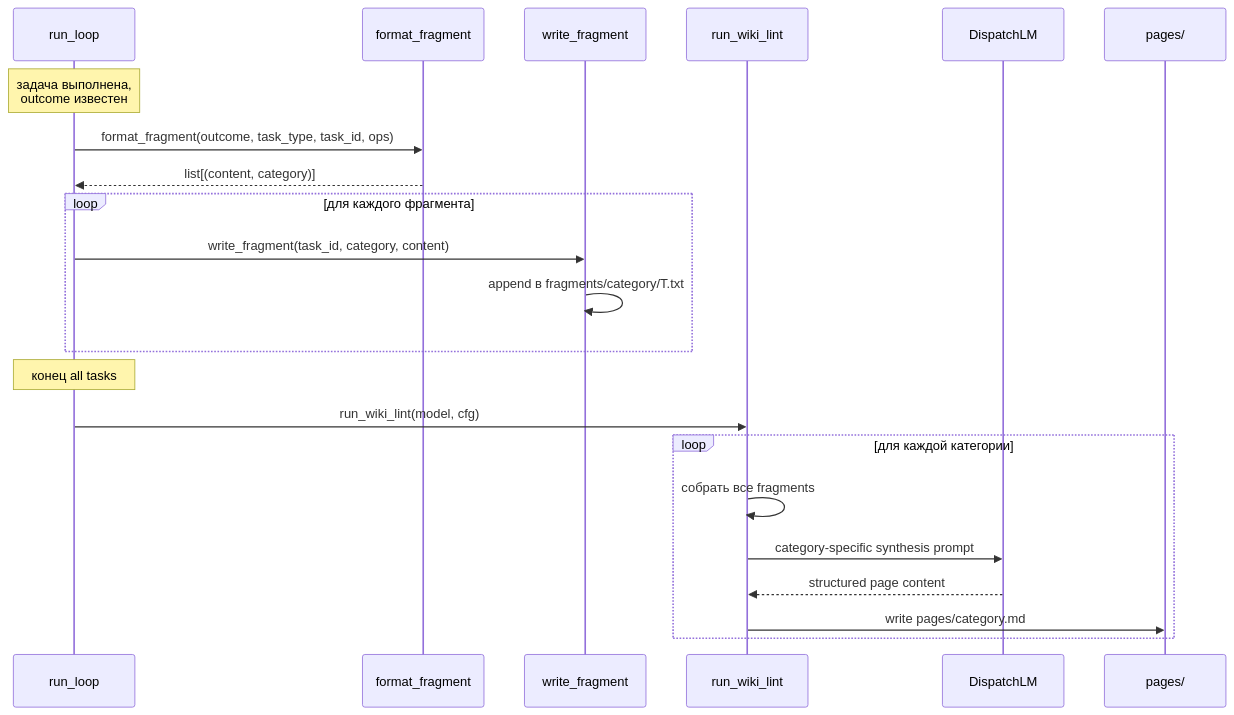
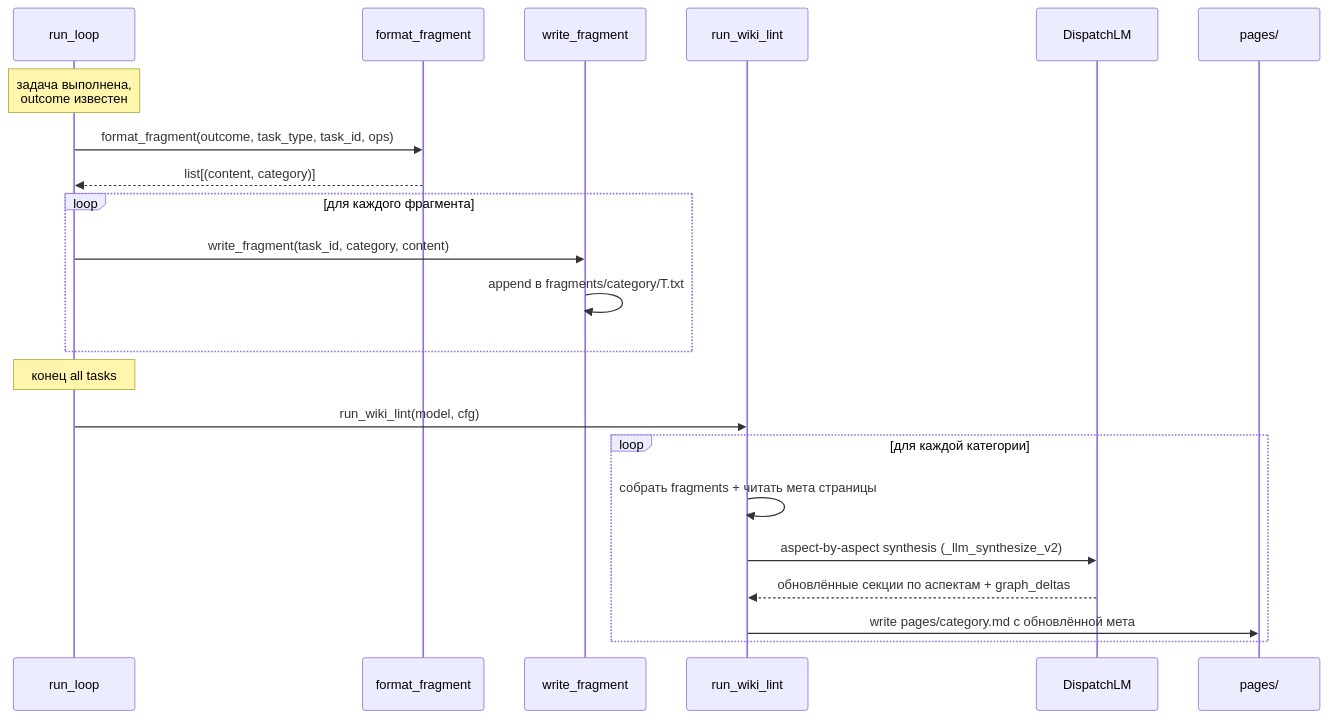
Before and after one commit to ikeniborn/pac1-tool: the second of 8 diagrams in docs/architecture/07-wiki-memory.md, drawn with Mermaid. The commit also changed other lines of this file and 1 other file, not shown here.

First line of the commit message:
docs(arch): actualize 06+07 for wiki quality and aspect synthesis

````diff
--- a/docs/architecture/07-wiki-memory.md
+++ b/docs/architecture/07-wiki-memory.md
@@ -64,28 +64,28 @@
 ```mermaid
 sequenceDiagram
     participant L as run_loop
     participant FMT as format_fragment
     participant WF as write_fragment
     participant Lint as run_wiki_lint
     participant LLM as DispatchLM
     participant PG as pages/
 
     Note over L: задача выполнена,<br/>outcome известен
     L->>FMT: format_fragment(outcome, task_type, task_id, ops)
     FMT-->>L: list[(content, category)]
 
     loop для каждого фрагмента
         L->>WF: write_fragment(task_id, category, content)
         WF->>WF: append в fragments/category/T.txt
     end
 
     Note over L: конец all tasks
     L->>Lint: run_wiki_lint(model, cfg)
 
     loop для каждой категории
-        Lint->>Lint: собрать все fragments
-        Lint->>LLM: category-specific synthesis prompt
-        LLM-->>Lint: structured page content
-        Lint->>PG: write pages/category.md
+        Lint->>Lint: собрать fragments + читать мета страницы
+        Lint->>LLM: aspect-by-aspect synthesis (_llm_synthesize_v2)
+        LLM-->>Lint: обновлённые секции по аспектам + graph_deltas
+        Lint->>PG: write pages/category.md с обновлённой мета
     end
 ```
````
